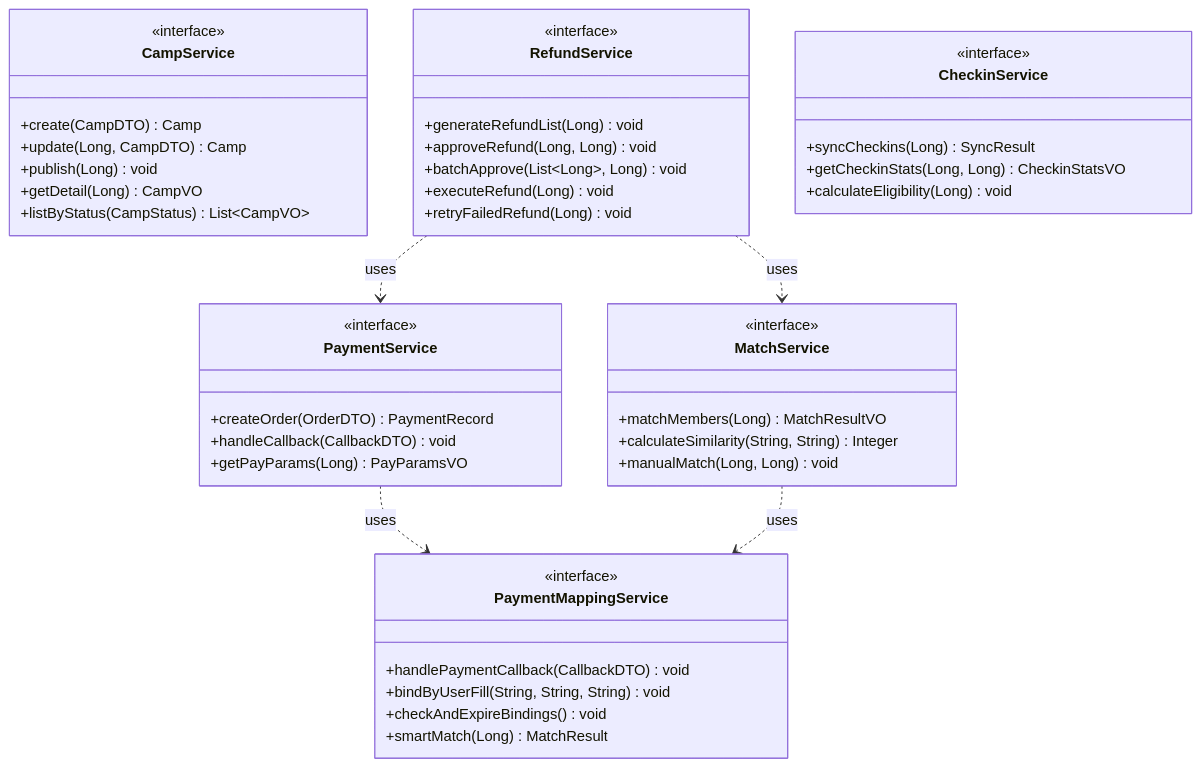
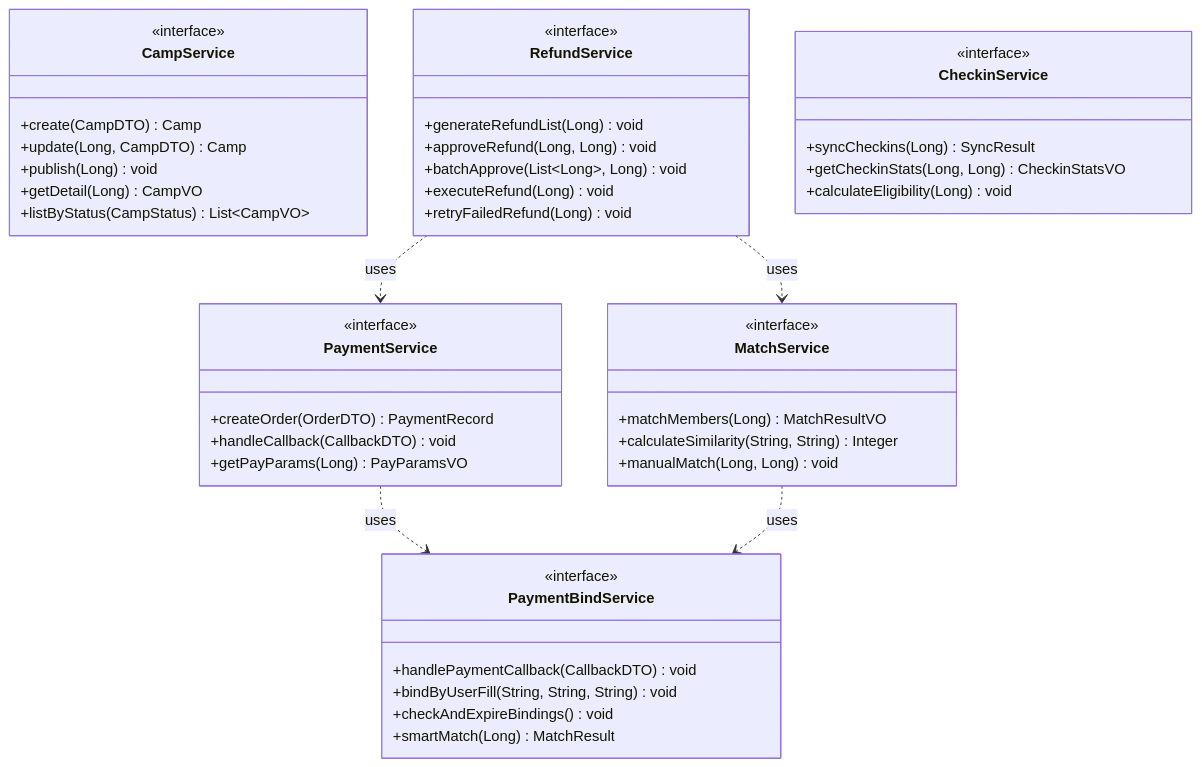
Before and after one commit to yiancode/AutoDepositRefundAgent: diagram 42 of 54 in docs/v1/技术方案.md, drawn with Mermaid. The commit also changed other lines of this file and 2 other files, not shown here.

````diff
--- a/docs/v1/技术方案.md
+++ b/docs/v1/技术方案.md
@@ -2081,54 +2066,54 @@
 ```mermaid
 classDiagram
     class CampService {
         <<interface>>
         +create(CampDTO) Camp
         +update(Long, CampDTO) Camp
         +publish(Long) void
         +getDetail(Long) CampVO
         +listByStatus(CampStatus) List~CampVO~
     }
 
     class PaymentService {
         <<interface>>
         +createOrder(OrderDTO) PaymentRecord
         +handleCallback(CallbackDTO) void
         +getPayParams(Long) PayParamsVO
     }
 
-    class PaymentMappingService {
+    class PaymentBindService {
         <<interface>>
         +handlePaymentCallback(CallbackDTO) void
         +bindByUserFill(String, String, String) void
         +checkAndExpireBindings() void
         +smartMatch(Long) MatchResult
     }
 
     class MatchService {
         <<interface>>
         +matchMembers(Long) MatchResultVO
         +calculateSimilarity(String, String) Integer
         +manualMatch(Long, Long) void
     }
 
     class RefundService {
         <<interface>>
         +generateRefundList(Long) void
         +approveRefund(Long, Long) void
         +batchApprove(List~Long~, Long) void
         +executeRefund(Long) void
         +retryFailedRefund(Long) void
     }
 
     class CheckinService {
         <<interface>>
         +syncCheckins(Long) SyncResult
         +getCheckinStats(Long, Long) CheckinStatsVO
         +calculateEligibility(Long) void
     }
 
-    PaymentService ..> PaymentMappingService : uses
+    PaymentService ..> PaymentBindService : uses
     RefundService ..> MatchService : uses
     RefundService ..> PaymentService : uses
-    MatchService ..> PaymentMappingService : uses
+    MatchService ..> PaymentBindService : uses
 ```
````
